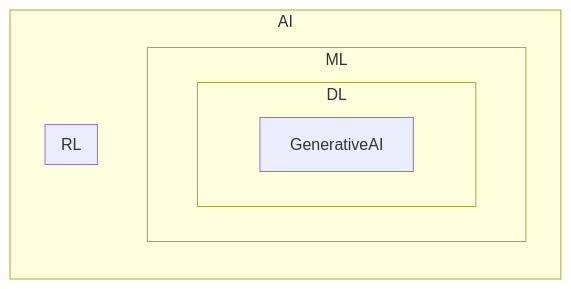
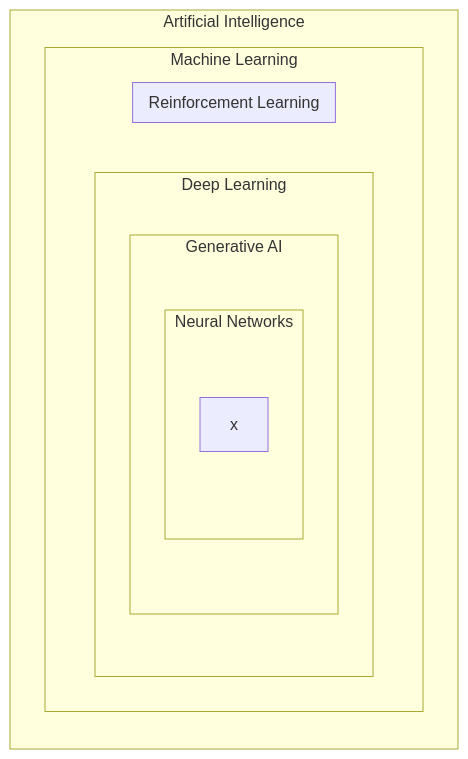
Before and after one commit to codingoutloud/website: the diagram in foo2.mmd, drawn with Mermaid.

```diff
--- a/foo2.mmd
+++ b/foo2.mmd
@@ -1,17 +1,14 @@
 graph LR
-  subgraph AI
-    subgraph ML
-      subgraph DL
-        GenerativeAI
-      end
+subgraph AI ["Artificial Intelligence"]
+    subgraph ML ["Machine Learning"]
+        subgraph DL ["Deep Learning"]
+            subgraph GenAI ["Generative AI"]
+              subgraph NN ["Neural Networks"]
+                 foo["x"]
+              end
+            end
+        end
+        subgraph RL ["Reinforcement Learning"]
+        end
     end
-    subgraph RL
-    end
-  end
-
-
-%%  subgraph AI [Artificial Intelligence (AI)]
-%%    subgraph ML [Machine Learning (ML)]
-%%      subgraph DL [Deep Learning (DL)]
-%%        subgraph GenerativeAI [Generative AI]
-%%      subgraph RL [Reinforcement Learning (RL)]
+end
```
